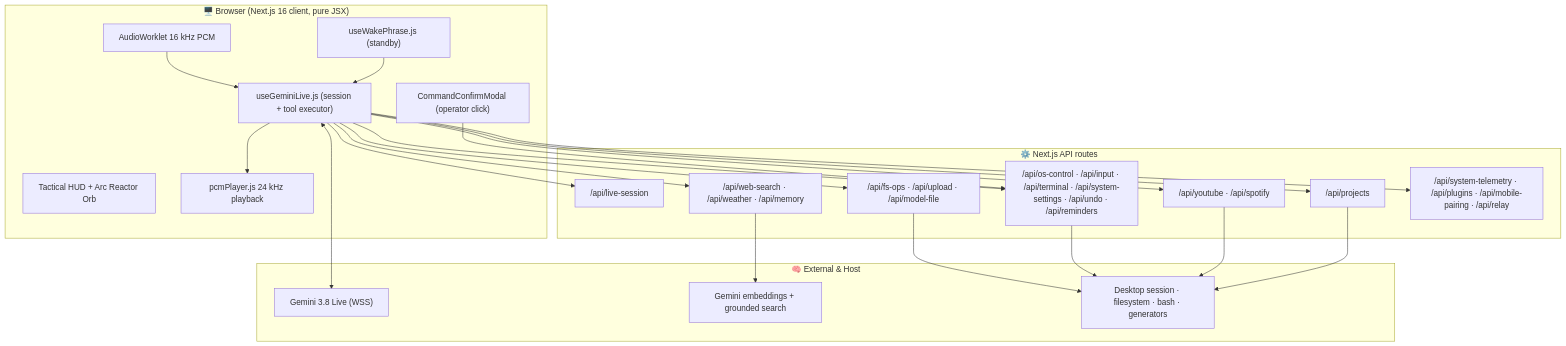
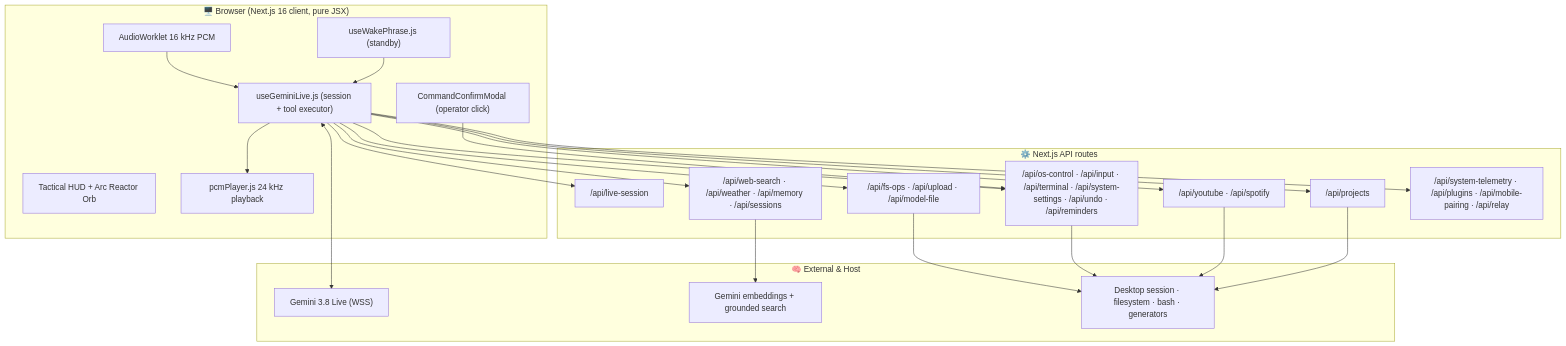
One commit to bhavyajustchill/ultron-ai changed the diagram in docs/ARCHITECTURE.md. Above: the diagram before and after it, drawn with Mermaid. The commit also changed other lines of this file and 11 other files, not shown here.

````diff
--- a/docs/ARCHITECTURE.md
+++ b/docs/ARCHITECTURE.md
@@ -18,34 +18,34 @@
 ```mermaid
 flowchart TB
     subgraph Browser ["🖥️ Browser (Next.js 16 client, pure JSX)"]
         HUD["Tactical HUD + Arc Reactor Orb"]
         Live["useGeminiLive.js (session + tool executor)"]
         Mic["AudioWorklet 16 kHz PCM"] --> Live
         Live --> Player["pcmPlayer.js 24 kHz playback"]
         Wake["useWakePhrase.js (standby)"] --> Live
         Gate["CommandConfirmModal (operator click)"]
     end
 
     subgraph Server ["⚙️ Next.js API routes"]
         Session["/api/live-session"]
         Files["/api/fs-ops · /api/upload · /api/model-file"]
         Desktop["/api/os-control · /api/input · /api/terminal · /api/system-settings · /api/undo · /api/reminders"]
-        Intel["/api/web-search · /api/weather · /api/memory"]
+        Intel["/api/web-search · /api/weather · /api/memory · /api/sessions"]
         Media["/api/youtube · /api/spotify"]
         Projects["/api/projects"]
         Misc["/api/system-telemetry · /api/plugins · /api/mobile-pairing · /api/relay"]
     end
 
     subgraph External ["🧠 External & Host"]
         Gemini["Gemini 3.8 Live (WSS)"]
         GoogleAPIs["Gemini embeddings + grounded search"]
         Host["Desktop session · filesystem · bash · generators"]
     end
 
     Live <--> Gemini
     Live --> Session
     Live --> Files & Desktop & Intel & Media & Projects & Misc
     Gate --> Desktop
     Intel --> GoogleAPIs
     Files & Desktop & Media & Projects --> Host
 ```
````
